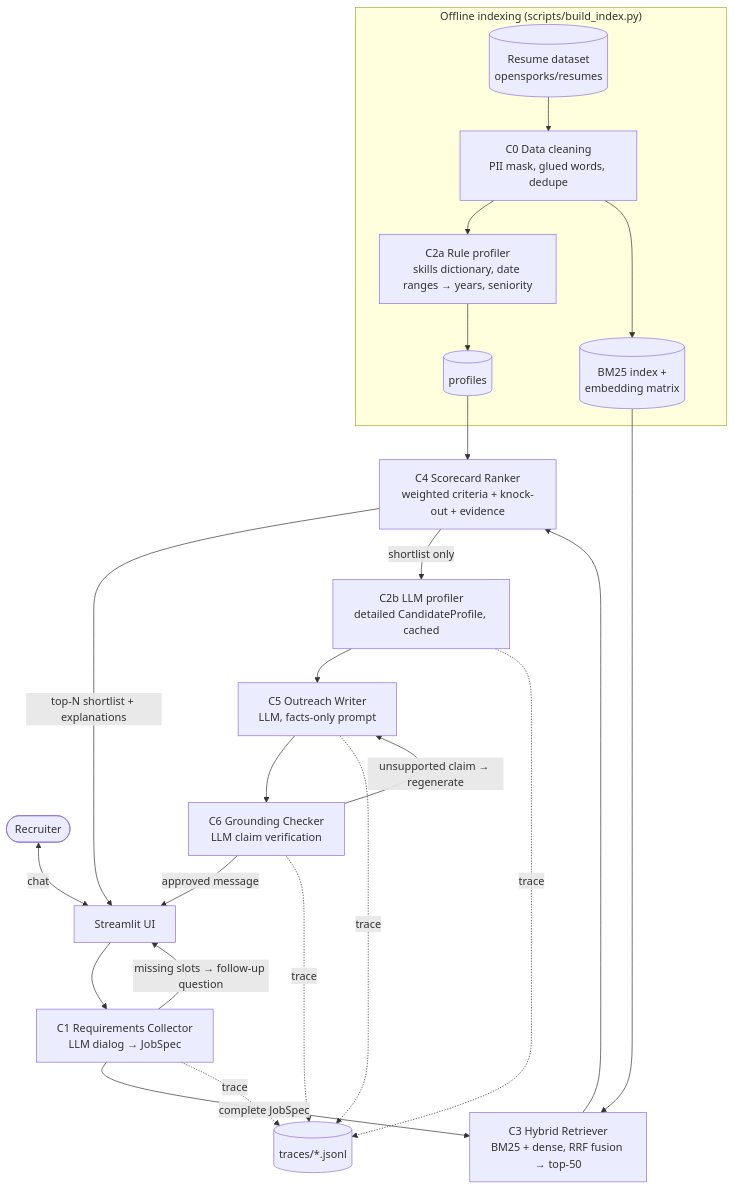
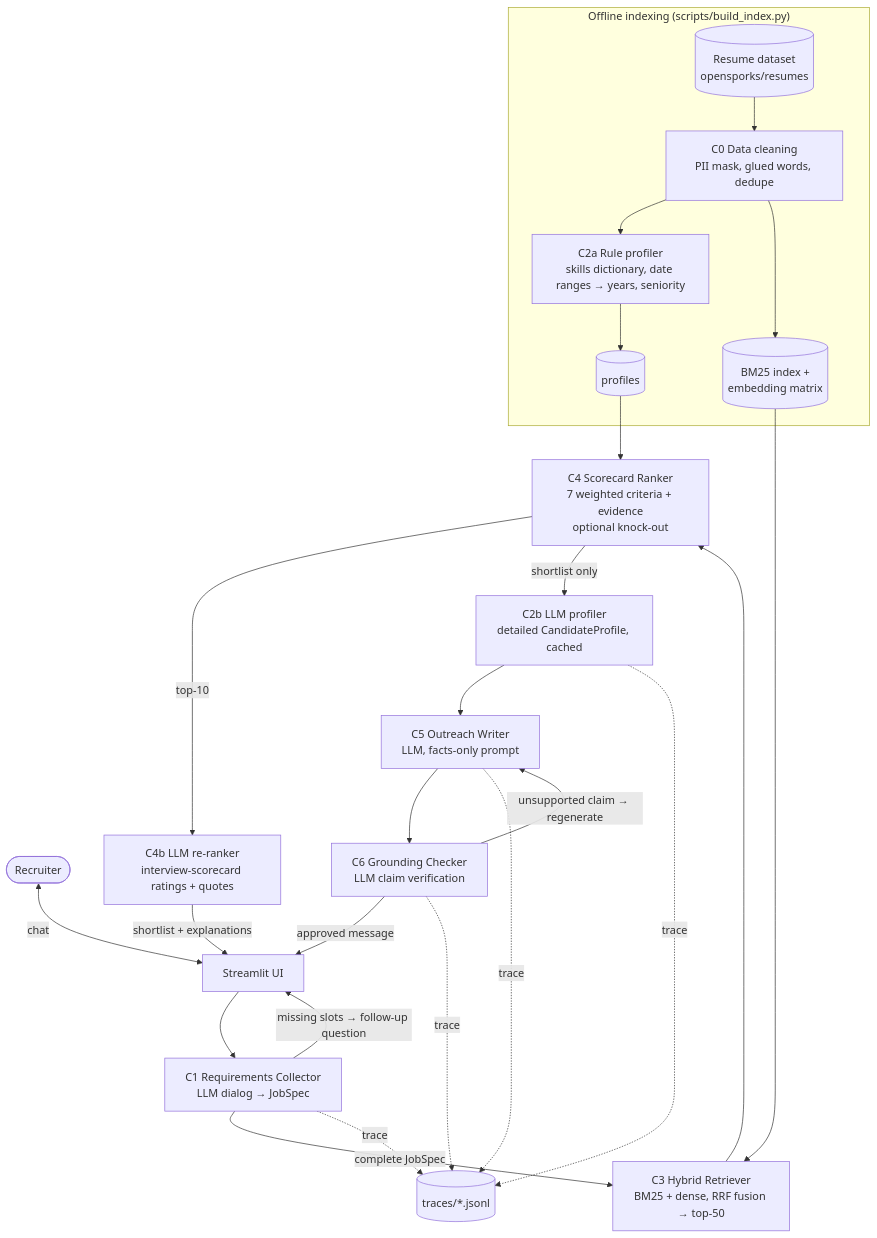
One commit to mariia-tt/recruiter-assistant changed the diagram in docs/architecture.md. Above: the diagram before and after it, drawn with Mermaid. The commit also changed other lines of this file and 16 other files, not shown here.

First line of the commit message:
Add scorecard ranker (C4) and LLM re-ranker (C4b) with evaluation

````diff
--- a/docs/architecture.md
+++ b/docs/architecture.md
@@ -5,25 +5,26 @@
 ```mermaid
 flowchart TD
     subgraph Offline["Offline indexing (scripts/build_index.py)"]
         R[(Resume dataset<br/>opensporks/resumes)] --> C0[C0 Data cleaning<br/>PII mask, glued words, dedupe]
         C0 --> C2a[C2a Rule profiler<br/>skills dictionary, date ranges → years, seniority]
         C2a --> DB[(profiles)]
         C0 --> IDX[(BM25 index +<br/>embedding matrix)]
     end
 
     U([Recruiter]) <-->|chat| UI[Streamlit UI]
     UI --> C1[C1 Requirements Collector<br/>LLM dialog → JobSpec]
     C1 -->|missing slots → follow-up question| UI
     C1 -->|complete JobSpec| C3[C3 Hybrid Retriever<br/>BM25 + dense, RRF fusion → top-50]
     IDX --> C3
-    C3 --> C4[C4 Scorecard Ranker<br/>weighted criteria + knock-out + evidence]
+    C3 --> C4[C4 Scorecard Ranker<br/>7 weighted criteria + evidence<br/>optional knock-out]
     DB --> C4
-    C4 -->|top-N shortlist + explanations| UI
+    C4 -->|top-10| C4b[C4b LLM re-ranker<br/>interview-scorecard ratings + quotes]
+    C4b -->|shortlist + explanations| UI
     C4 -->|shortlist only| C2b[C2b LLM profiler<br/>detailed CandidateProfile, cached]
     C2b --> C5[C5 Outreach Writer<br/>LLM, facts-only prompt]
     C5 --> C6[C6 Grounding Checker<br/>LLM claim verification]
     C6 -->|unsupported claim → regenerate| C5
     C6 -->|approved message| UI
 
     C1 & C2b & C5 & C6 -. trace .-> T[(traces/*.jsonl)]
 ```
````
